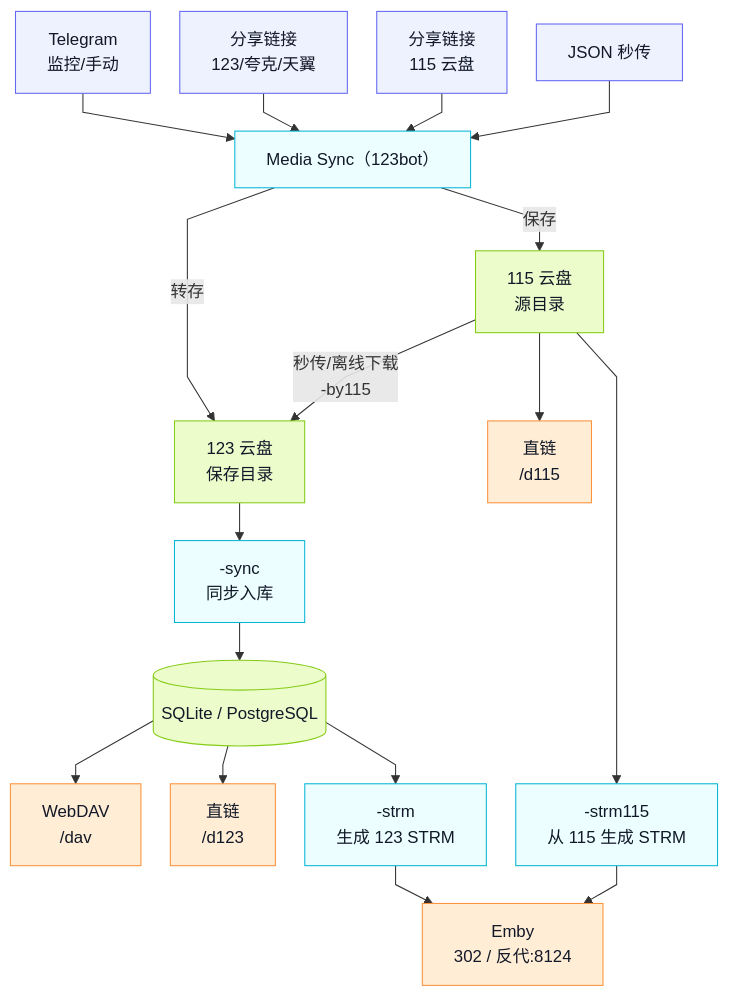
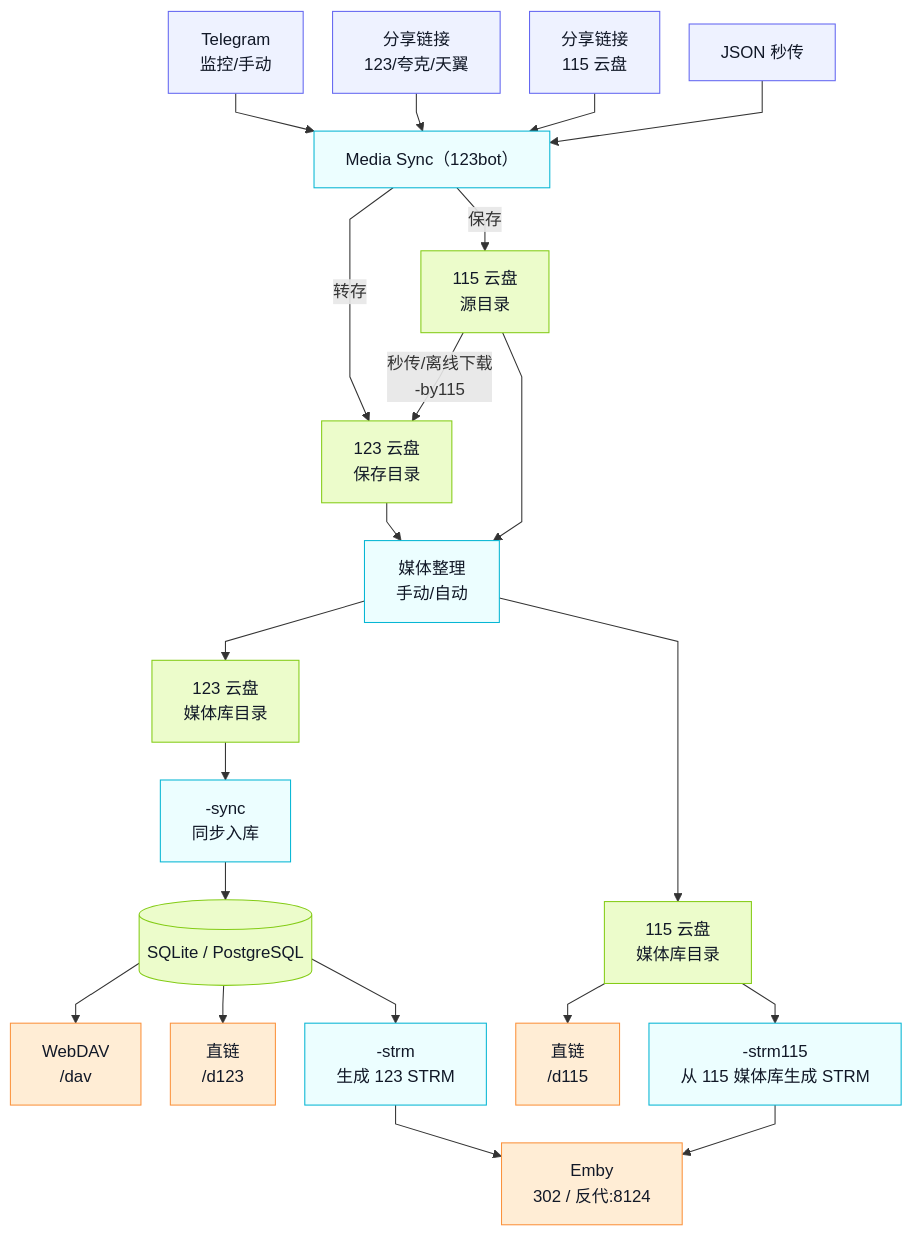
One commit to DinDing1/123BOT changed the diagram in README.md. Above: the diagram before and after it, drawn with Mermaid. The commit also changed other lines of this file, not shown here.

````diff
--- a/README.md
+++ b/README.md
@@ -22,46 +23,51 @@
 ```mermaid
 %%{init: {"flowchart": {"curve": "linear", "nodeSpacing": 28, "rankSpacing": 36}}}%%
 flowchart TB
   classDef src fill:#EEF2FF,stroke:#6366F1,color:#111827;
   classDef svc fill:#ECFEFF,stroke:#06B6D4,color:#111827;
   classDef store fill:#ECFCCB,stroke:#84CC16,color:#111827;
   classDef out fill:#FFEDD5,stroke:#FB923C,color:#111827;
 
   TG[Telegram<br/>监控/手动]:::src
   LINK123[分享链接<br/>123/夸克/天翼]:::src
   LINK115[分享链接<br/>115 云盘]:::src
   JSON[JSON 秒传]:::src
 
   BOT[Media Sync（123bot）]:::svc
 
-  PAN115[115 云盘<br/>源目录]:::store
-  PAN123[123 云盘<br/>保存目录]:::store
+  PAN123_SAVE[123 云盘<br/>保存目录]:::store
+  PAN123_LIB[123 云盘<br/>媒体库目录]:::store
+  PAN115_SRC[115 云盘<br/>源目录]:::store
+  PAN115_LIB[115 云盘<br/>媒体库目录]:::store
+
+  ORG[媒体整理<br/>手动/自动]:::svc
 
   SYNC[-sync<br/>同步入库]:::svc
   DB[(SQLite / PostgreSQL)]:::store
 
   DAV[WebDAV<br/>/dav]:::out
   DL123[直链<br/>/d123]:::out
   DL115[直链<br/>/d115]:::out
   STRM123[-strm<br/>生成 123 STRM]:::svc
-  STRM115[-strm115<br/>从 115 生成 STRM]:::svc
+  STRM115[-strm115<br/>从 115 媒体库生成 STRM]:::svc
   EMBY[Emby<br/>302 / 反代:8124]:::out
 
   TG --> BOT
   LINK123 --> BOT
   LINK115 --> BOT
   JSON --> BOT
 
-  BOT -->|转存| PAN123
-  BOT -->|保存| PAN115
-  PAN115 -->|秒传/离线下载<br/>-by115| PAN123
+  BOT -->|转存| PAN123_SAVE
+  BOT -->|保存| PAN115_SRC
+  PAN115_SRC -->|秒传/离线下载<br/>-by115| PAN123_SAVE
 
-  PAN123 --> SYNC --> DB
+  PAN123_SAVE --> ORG --> PAN123_LIB --> SYNC --> DB
+  PAN115_SRC --> ORG --> PAN115_LIB
 
   DB --> DAV
   DB --> DL123
   DB --> STRM123 --> EMBY
 
-  PAN115 --> DL115
-  PAN115 --> STRM115 --> EMBY
+  PAN115_LIB --> DL115
+  PAN115_LIB --> STRM115 --> EMBY
 ```
````
